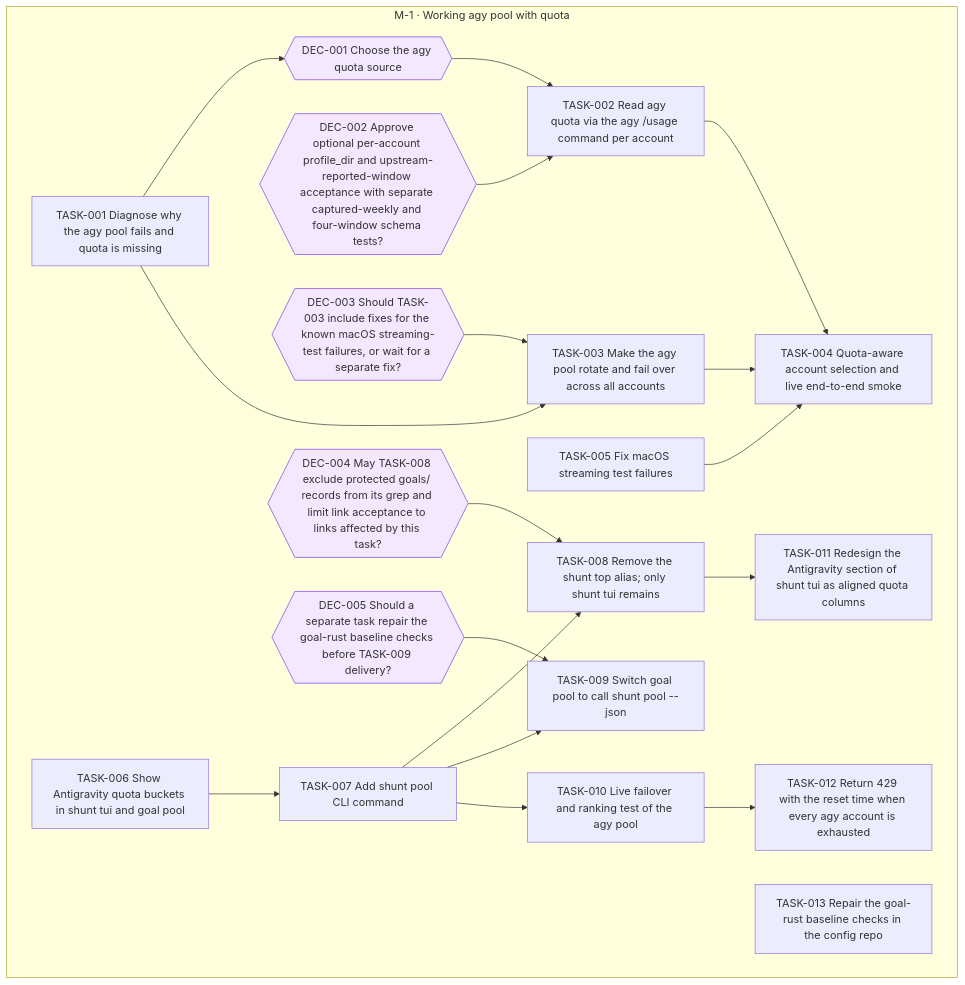
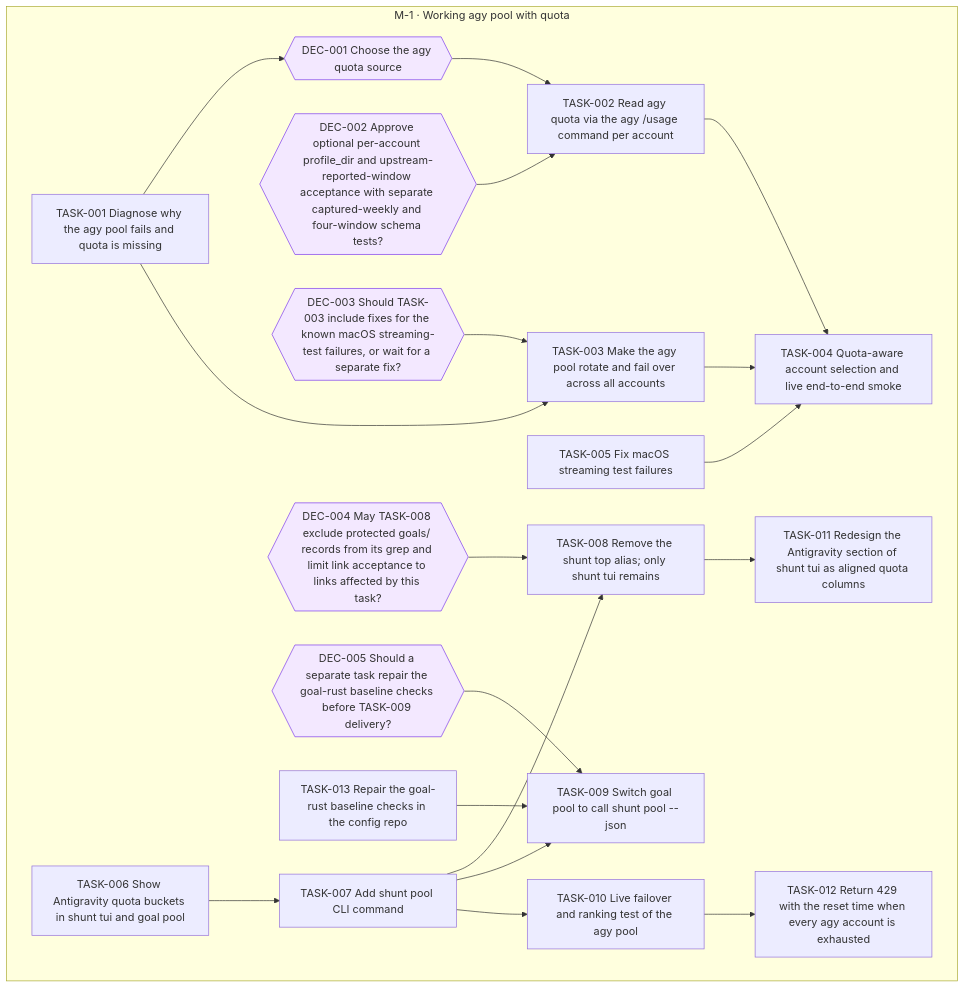
One commit to jesusvillota/shunt changed the diagram in goals/agy-pool/README.md. Above: the diagram before and after it, drawn with Mermaid. The commit also changed 1 other file, not shown here.

Commit message:
goal(agy-pool): link TASK-009 after TASK-013

````diff
--- a/goals/agy-pool/README.md
+++ b/goals/agy-pool/README.md
@@ -19,47 +19,48 @@
 ```mermaid
 flowchart TD
   subgraph M_1["M-1 · Working agy pool with quota"]
     DEC_001{{"DEC-001 Choose the agy quota source"}}
     DEC_002{{"DEC-002 Approve optional per-account profile_dir and upstream-reported-window acceptance with separate captured-weekly and four-window schema tests?"}}
     DEC_003{{"DEC-003 Should TASK-003 include fixes for the known macOS streaming-test failures, or wait for a separate fix?"}}
     DEC_004{{"DEC-004 May TASK-008 exclude protected goals/ records from its grep and limit link acceptance to links affected by this task?"}}
     DEC_005{{"DEC-005 Should a separate task repair the goal-rust baseline checks before TASK-009 delivery?"}}
     TASK_001["TASK-001 Diagnose why the agy pool fails and quota is missing"]
     TASK_002["TASK-002 Read agy quota via the agy /usage command per account"]
     TASK_003["TASK-003 Make the agy pool rotate and fail over across all accounts"]
     TASK_004["TASK-004 Quota-aware account selection and live end-to-end smoke"]
     TASK_005["TASK-005 Fix macOS streaming test failures"]
     TASK_006["TASK-006 Show Antigravity quota buckets in shunt tui and goal pool"]
     TASK_007["TASK-007 Add shunt pool CLI command"]
     TASK_008["TASK-008 Remove the shunt top alias; only shunt tui remains"]
     TASK_009["TASK-009 Switch goal pool to call shunt pool --json"]
     TASK_010["TASK-010 Live failover and ranking test of the agy pool"]
     TASK_011["TASK-011 Redesign the Antigravity section of shunt tui as aligned quota columns"]
     TASK_012["TASK-012 Return 429 with the reset time when every agy account is exhausted"]
     TASK_013["TASK-013 Repair the goal-rust baseline checks in the config repo"]
   end
   TASK_001 --> DEC_001
   DEC_001 --> TASK_002
   DEC_002 --> TASK_002
   TASK_001 --> TASK_003
   DEC_003 --> TASK_003
   TASK_002 --> TASK_004
   TASK_003 --> TASK_004
   TASK_005 --> TASK_004
   TASK_006 --> TASK_007
   TASK_007 --> TASK_008
   DEC_004 --> TASK_008
   TASK_007 --> TASK_009
   DEC_005 --> TASK_009
+  TASK_013 --> TASK_009
   TASK_007 --> TASK_010
   TASK_008 --> TASK_011
   TASK_010 --> TASK_012
   classDef draft stroke-dasharray: 4 3
   classDef cancelled opacity:0.45
   classDef decision fill:#f3e8ff,stroke:#7c3aed
   class DEC_001 decision
   class DEC_002 decision
   class DEC_003 decision
   class DEC_004 decision
   class DEC_005 decision
 ```
````
